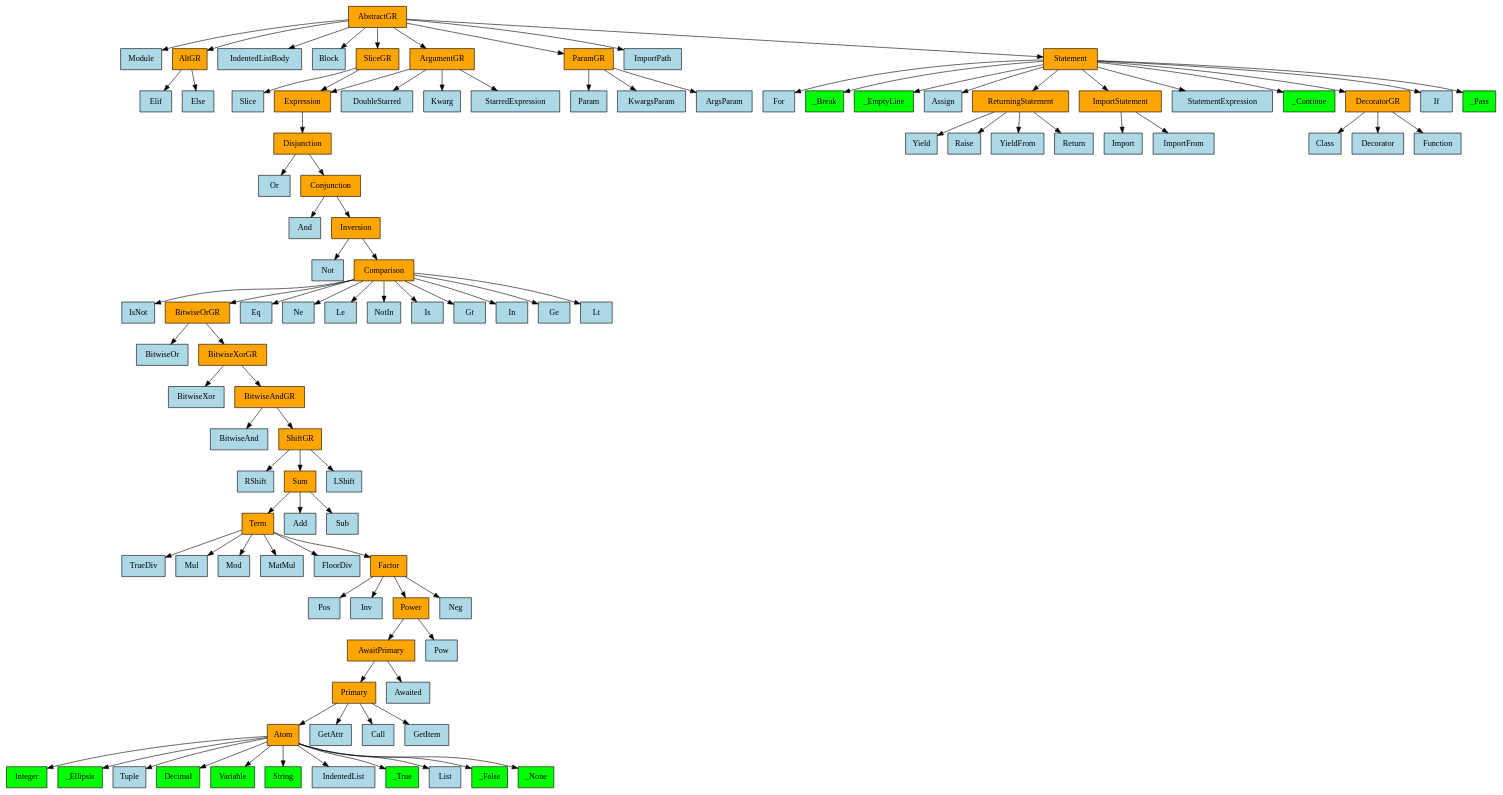
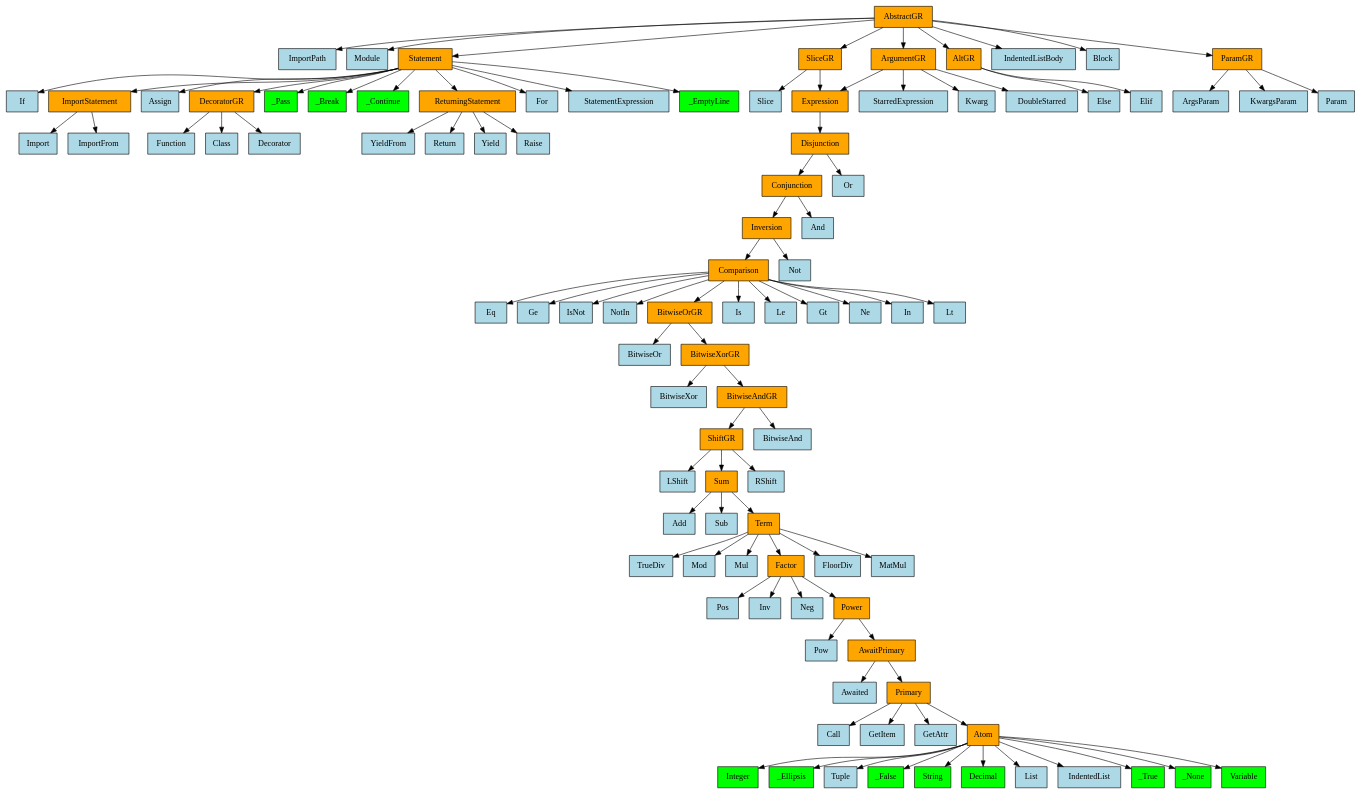
One commit to GabrielAmare/Language changed the diagram in language/base/python/v3_10_0/core/mro_graph.gv. Above: the diagram before and after it, drawn with Graphviz. The commit also changed 4 other files, not shown here.

```diff
--- a/language/base/python/v3_10_0/core/mro_graph.gv
+++ b/language/base/python/v3_10_0/core/mro_graph.gv
@@ -1,200 +1,200 @@
 digraph {
 	0 [label=AbstractGR fillcolor=orange shape=rect style=filled]
-	1 [label=Module fillcolor=lightblue shape=rect style=filled]
-	2 [label=AltGR fillcolor=orange shape=rect style=filled]
-	3 [label=IndentedListBody fillcolor=lightblue shape=rect style=filled]
-	4 [label=Block fillcolor=lightblue shape=rect style=filled]
-	5 [label=ArgumentGR fillcolor=orange shape=rect style=filled]
-	6 [label=ParamGR fillcolor=orange shape=rect style=filled]
-	7 [label=ImportPath fillcolor=lightblue shape=rect style=filled]
+	1 [label=ImportPath fillcolor=lightblue shape=rect style=filled]
+	2 [label=Module fillcolor=lightblue shape=rect style=filled]
+	3 [label=Statement fillcolor=orange shape=rect style=filled]
+	4 [label=ArgumentGR fillcolor=orange shape=rect style=filled]
+	5 [label=AltGR fillcolor=orange shape=rect style=filled]
+	6 [label=IndentedListBody fillcolor=lightblue shape=rect style=filled]
+	7 [label=Block fillcolor=lightblue shape=rect style=filled]
 	8 [label=SliceGR fillcolor=orange shape=rect style=filled]
-	9 [label=Statement fillcolor=orange shape=rect style=filled]
-	10 [label=For fillcolor=lightblue shape=rect style=filled]
-	11 [label=_Break fillcolor=lime shape=rect style=filled]
-	12 [label=_EmptyLine fillcolor=lime shape=rect style=filled]
-	13 [label=Assign fillcolor=lightblue shape=rect style=filled]
-	14 [label=ReturningStatement fillcolor=orange shape=rect style=filled]
-	15 [label=ImportStatement fillcolor=orange shape=rect style=filled]
-	16 [label=StatementExpression fillcolor=lightblue shape=rect style=filled]
-	17 [label=_Continue fillcolor=lime shape=rect style=filled]
-	18 [label=DecoratorGR fillcolor=orange shape=rect style=filled]
-	19 [label=If fillcolor=lightblue shape=rect style=filled]
-	20 [label=_Pass fillcolor=lime shape=rect style=filled]
-	21 [label=Yield fillcolor=lightblue shape=rect style=filled]
-	22 [label=Raise fillcolor=lightblue shape=rect style=filled]
-	23 [label=YieldFrom fillcolor=lightblue shape=rect style=filled]
-	24 [label=Return fillcolor=lightblue shape=rect style=filled]
-	25 [label=Class fillcolor=lightblue shape=rect style=filled]
-	26 [label=Decorator fillcolor=lightblue shape=rect style=filled]
-	27 [label=Function fillcolor=lightblue shape=rect style=filled]
+	9 [label=ParamGR fillcolor=orange shape=rect style=filled]
+	10 [label=If fillcolor=lightblue shape=rect style=filled]
+	11 [label=ImportStatement fillcolor=orange shape=rect style=filled]
+	12 [label=Assign fillcolor=lightblue shape=rect style=filled]
+	13 [label=DecoratorGR fillcolor=orange shape=rect style=filled]
+	14 [label=_Pass fillcolor=lime shape=rect style=filled]
+	15 [label=_Break fillcolor=lime shape=rect style=filled]
+	16 [label=_Continue fillcolor=lime shape=rect style=filled]
+	17 [label=ReturningStatement fillcolor=orange shape=rect style=filled]
+	18 [label=For fillcolor=lightblue shape=rect style=filled]
+	19 [label=StatementExpression fillcolor=lightblue shape=rect style=filled]
+	20 [label=_EmptyLine fillcolor=lime shape=rect style=filled]
+	21 [label=YieldFrom fillcolor=lightblue shape=rect style=filled]
+	22 [label=Return fillcolor=lightblue shape=rect style=filled]
+	23 [label=Yield fillcolor=lightblue shape=rect style=filled]
+	24 [label=Raise fillcolor=lightblue shape=rect style=filled]
+	25 [label=Function fillcolor=lightblue shape=rect style=filled]
+	26 [label=Class fillcolor=lightblue shape=rect style=filled]
+	27 [label=Decorator fillcolor=lightblue shape=rect style=filled]
 	28 [label=Import fillcolor=lightblue shape=rect style=filled]
 	29 [label=ImportFrom fillcolor=lightblue shape=rect style=filled]
-	30 [label=Elif fillcolor=lightblue shape=rect style=filled]
-	31 [label=Else fillcolor=lightblue shape=rect style=filled]
-	32 [label=Param fillcolor=lightblue shape=rect style=filled]
+	30 [label=Else fillcolor=lightblue shape=rect style=filled]
+	31 [label=Elif fillcolor=lightblue shape=rect style=filled]
+	32 [label=ArgsParam fillcolor=lightblue shape=rect style=filled]
 	33 [label=KwargsParam fillcolor=lightblue shape=rect style=filled]
-	34 [label=ArgsParam fillcolor=lightblue shape=rect style=filled]
-	35 [label=Expression fillcolor=orange shape=rect style=filled]
-	36 [label=Slice fillcolor=lightblue shape=rect style=filled]
+	34 [label=Param fillcolor=lightblue shape=rect style=filled]
+	35 [label=Slice fillcolor=lightblue shape=rect style=filled]
+	36 [label=Expression fillcolor=orange shape=rect style=filled]
 	37 [label=Disjunction fillcolor=orange shape=rect style=filled]
-	38 [label=Or fillcolor=lightblue shape=rect style=filled]
-	39 [label=Conjunction fillcolor=orange shape=rect style=filled]
-	40 [label=And fillcolor=lightblue shape=rect style=filled]
-	41 [label=Inversion fillcolor=orange shape=rect style=filled]
-	42 [label=Not fillcolor=lightblue shape=rect style=filled]
-	43 [label=Comparison fillcolor=orange shape=rect style=filled]
-	44 [label=IsNot fillcolor=lightblue shape=rect style=filled]
-	45 [label=BitwiseOrGR fillcolor=orange shape=rect style=filled]
-	46 [label=Eq fillcolor=lightblue shape=rect style=filled]
-	47 [label=Ne fillcolor=lightblue shape=rect style=filled]
-	48 [label=Le fillcolor=lightblue shape=rect style=filled]
-	49 [label=NotIn fillcolor=lightblue shape=rect style=filled]
-	50 [label=Is fillcolor=lightblue shape=rect style=filled]
+	38 [label=Conjunction fillcolor=orange shape=rect style=filled]
+	39 [label=Or fillcolor=lightblue shape=rect style=filled]
+	40 [label=Inversion fillcolor=orange shape=rect style=filled]
+	41 [label=And fillcolor=lightblue shape=rect style=filled]
+	42 [label=Comparison fillcolor=orange shape=rect style=filled]
+	43 [label=Not fillcolor=lightblue shape=rect style=filled]
+	44 [label=Eq fillcolor=lightblue shape=rect style=filled]
+	45 [label=Ge fillcolor=lightblue shape=rect style=filled]
+	46 [label=IsNot fillcolor=lightblue shape=rect style=filled]
+	47 [label=NotIn fillcolor=lightblue shape=rect style=filled]
+	48 [label=BitwiseOrGR fillcolor=orange shape=rect style=filled]
+	49 [label=Is fillcolor=lightblue shape=rect style=filled]
+	50 [label=Le fillcolor=lightblue shape=rect style=filled]
 	51 [label=Gt fillcolor=lightblue shape=rect style=filled]
-	52 [label=In fillcolor=lightblue shape=rect style=filled]
-	53 [label=Ge fillcolor=lightblue shape=rect style=filled]
+	52 [label=Ne fillcolor=lightblue shape=rect style=filled]
+	53 [label=In fillcolor=lightblue shape=rect style=filled]
 	54 [label=Lt fillcolor=lightblue shape=rect style=filled]
 	55 [label=BitwiseOr fillcolor=lightblue shape=rect style=filled]
 	56 [label=BitwiseXorGR fillcolor=orange shape=rect style=filled]
 	57 [label=BitwiseXor fillcolor=lightblue shape=rect style=filled]
 	58 [label=BitwiseAndGR fillcolor=orange shape=rect style=filled]
-	59 [label=BitwiseAnd fillcolor=lightblue shape=rect style=filled]
-	60 [label=ShiftGR fillcolor=orange shape=rect style=filled]
-	61 [label=RShift fillcolor=lightblue shape=rect style=filled]
+	59 [label=ShiftGR fillcolor=orange shape=rect style=filled]
+	60 [label=BitwiseAnd fillcolor=lightblue shape=rect style=filled]
+	61 [label=LShift fillcolor=lightblue shape=rect style=filled]
 	62 [label=Sum fillcolor=orange shape=rect style=filled]
-	63 [label=LShift fillcolor=lightblue shape=rect style=filled]
-	64 [label=Term fillcolor=orange shape=rect style=filled]
-	65 [label=Add fillcolor=lightblue shape=rect style=filled]
-	66 [label=Sub fillcolor=lightblue shape=rect style=filled]
+	63 [label=RShift fillcolor=lightblue shape=rect style=filled]
+	64 [label=Add fillcolor=lightblue shape=rect style=filled]
+	65 [label=Sub fillcolor=lightblue shape=rect style=filled]
+	66 [label=Term fillcolor=orange shape=rect style=filled]
 	67 [label=TrueDiv fillcolor=lightblue shape=rect style=filled]
-	68 [label=Mul fillcolor=lightblue shape=rect style=filled]
-	69 [label=Mod fillcolor=lightblue shape=rect style=filled]
-	70 [label=MatMul fillcolor=lightblue shape=rect style=filled]
+	68 [label=Mod fillcolor=lightblue shape=rect style=filled]
+	69 [label=Mul fillcolor=lightblue shape=rect style=filled]
+	70 [label=Factor fillcolor=orange shape=rect style=filled]
 	71 [label=FloorDiv fillcolor=lightblue shape=rect style=filled]
-	72 [label=Factor fillcolor=orange shape=rect style=filled]
+	72 [label=MatMul fillcolor=lightblue shape=rect style=filled]
 	73 [label=Pos fillcolor=lightblue shape=rect style=filled]
 	74 [label=Inv fillcolor=lightblue shape=rect style=filled]
-	75 [label=Power fillcolor=orange shape=rect style=filled]
-	76 [label=Neg fillcolor=lightblue shape=rect style=filled]
-	77 [label=AwaitPrimary fillcolor=orange shape=rect style=filled]
-	78 [label=Pow fillcolor=lightblue shape=rect style=filled]
-	79 [label=Primary fillcolor=orange shape=rect style=filled]
-	80 [label=Awaited fillcolor=lightblue shape=rect style=filled]
-	81 [label=Atom fillcolor=orange shape=rect style=filled]
-	82 [label=GetAttr fillcolor=lightblue shape=rect style=filled]
-	83 [label=Call fillcolor=lightblue shape=rect style=filled]
-	84 [label=GetItem fillcolor=lightblue shape=rect style=filled]
+	75 [label=Neg fillcolor=lightblue shape=rect style=filled]
+	76 [label=Power fillcolor=orange shape=rect style=filled]
+	77 [label=Pow fillcolor=lightblue shape=rect style=filled]
+	78 [label=AwaitPrimary fillcolor=orange shape=rect style=filled]
+	79 [label=Awaited fillcolor=lightblue shape=rect style=filled]
+	80 [label=Primary fillcolor=orange shape=rect style=filled]
+	81 [label=Call fillcolor=lightblue shape=rect style=filled]
+	82 [label=GetItem fillcolor=lightblue shape=rect style=filled]
+	83 [label=GetAttr fillcolor=lightblue shape=rect style=filled]
+	84 [label=Atom fillcolor=orange shape=rect style=filled]
 	85 [label=Integer fillcolor=lime shape=rect style=filled]
 	86 [label=_Ellipsis fillcolor=lime shape=rect style=filled]
 	87 [label=Tuple fillcolor=lightblue shape=rect style=filled]
-	88 [label=Decimal fillcolor=lime shape=rect style=filled]
-	89 [label=Variable fillcolor=lime shape=rect style=filled]
-	90 [label=String fillcolor=lime shape=rect style=filled]
-	91 [label=IndentedList fillcolor=lightblue shape=rect style=filled]
-	92 [label=_True fillcolor=lime shape=rect style=filled]
-	93 [label=List fillcolor=lightblue shape=rect style=filled]
-	94 [label=_False fillcolor=lime shape=rect style=filled]
-	95 [label=_None fillcolor=lime shape=rect style=filled]
-	96 [label=DoubleStarred fillcolor=lightblue shape=rect style=filled]
+	88 [label=_False fillcolor=lime shape=rect style=filled]
+	89 [label=String fillcolor=lime shape=rect style=filled]
+	90 [label=Decimal fillcolor=lime shape=rect style=filled]
+	91 [label=List fillcolor=lightblue shape=rect style=filled]
+	92 [label=IndentedList fillcolor=lightblue shape=rect style=filled]
+	93 [label=_True fillcolor=lime shape=rect style=filled]
+	94 [label=_None fillcolor=lime shape=rect style=filled]
+	95 [label=Variable fillcolor=lime shape=rect style=filled]
+	96 [label=StarredExpression fillcolor=lightblue shape=rect style=filled]
 	97 [label=Kwarg fillcolor=lightblue shape=rect style=filled]
-	98 [label=StarredExpression fillcolor=lightblue shape=rect style=filled]
+	98 [label=DoubleStarred fillcolor=lightblue shape=rect style=filled]
 	0 -> 1
 	0 -> 2
 	0 -> 3
 	0 -> 4
 	0 -> 5
 	0 -> 6
 	0 -> 7
 	0 -> 8
 	0 -> 9
-	9 -> 10
-	9 -> 11
-	9 -> 12
-	9 -> 13
-	9 -> 14
-	9 -> 15
-	9 -> 16
-	9 -> 17
-	9 -> 18
-	9 -> 19
-	9 -> 20
-	14 -> 21
-	14 -> 22
-	14 -> 23
-	14 -> 24
-	18 -> 25
-	18 -> 26
-	18 -> 27
-	15 -> 28
-	15 -> 29
-	2 -> 30
-	2 -> 31
-	6 -> 32
-	6 -> 33
-	6 -> 34
+	3 -> 10
+	3 -> 11
+	3 -> 12
+	3 -> 13
+	3 -> 14
+	3 -> 15
+	3 -> 16
+	3 -> 17
+	3 -> 18
+	3 -> 19
+	3 -> 20
+	17 -> 21
+	17 -> 22
+	17 -> 23
+	17 -> 24
+	13 -> 25
+	13 -> 26
+	13 -> 27
+	11 -> 28
+	11 -> 29
+	5 -> 30
+	5 -> 31
+	9 -> 32
+	9 -> 33
+	9 -> 34
 	8 -> 35
 	8 -> 36
-	35 -> 37
+	36 -> 37
 	37 -> 38
 	37 -> 39
-	39 -> 40
-	39 -> 41
-	41 -> 42
-	41 -> 43
-	43 -> 44
-	43 -> 45
-	43 -> 46
-	43 -> 47
-	43 -> 48
-	43 -> 49
-	43 -> 50
-	43 -> 51
-	43 -> 52
-	43 -> 53
-	43 -> 54
-	45 -> 55
-	45 -> 56
+	38 -> 40
+	38 -> 41
+	40 -> 42
+	40 -> 43
+	42 -> 44
+	42 -> 45
+	42 -> 46
+	42 -> 47
+	42 -> 48
+	42 -> 49
+	42 -> 50
+	42 -> 51
+	42 -> 52
+	42 -> 53
+	42 -> 54
+	48 -> 55
+	48 -> 56
 	56 -> 57
 	56 -> 58
 	58 -> 59
 	58 -> 60
-	60 -> 61
-	60 -> 62
-	60 -> 63
+	59 -> 61
+	59 -> 62
+	59 -> 63
 	62 -> 64
 	62 -> 65
 	62 -> 66
-	64 -> 67
-	64 -> 68
-	64 -> 69
-	64 -> 70
-	64 -> 71
-	64 -> 72
-	72 -> 73
-	72 -> 74
-	72 -> 75
-	72 -> 76
-	75 -> 77
-	75 -> 78
-	77 -> 79
-	77 -> 80
-	79 -> 81
-	79 -> 82
-	79 -> 83
-	79 -> 84
-	81 -> 85
-	81 -> 86
-	81 -> 87
-	81 -> 88
-	81 -> 89
-	81 -> 90
-	81 -> 91
-	81 -> 92
-	81 -> 93
-	81 -> 94
-	81 -> 95
-	5 -> 96
-	5 -> 97
-	5 -> 35
-	5 -> 98
+	66 -> 67
+	66 -> 68
+	66 -> 69
+	66 -> 70
+	66 -> 71
+	66 -> 72
+	70 -> 73
+	70 -> 74
+	70 -> 75
+	70 -> 76
+	76 -> 77
+	76 -> 78
+	78 -> 79
+	78 -> 80
+	80 -> 81
+	80 -> 82
+	80 -> 83
+	80 -> 84
+	84 -> 85
+	84 -> 86
+	84 -> 87
+	84 -> 88
+	84 -> 89
+	84 -> 90
+	84 -> 91
+	84 -> 92
+	84 -> 93
+	84 -> 94
+	84 -> 95
+	4 -> 96
+	4 -> 36
+	4 -> 97
+	4 -> 98
 }
```
